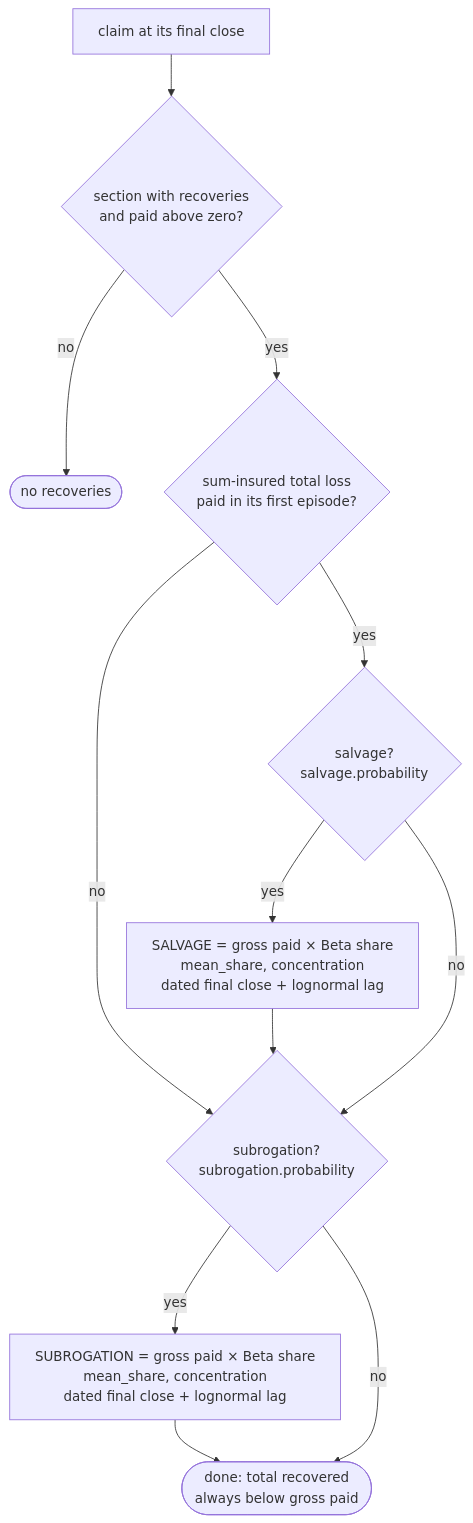
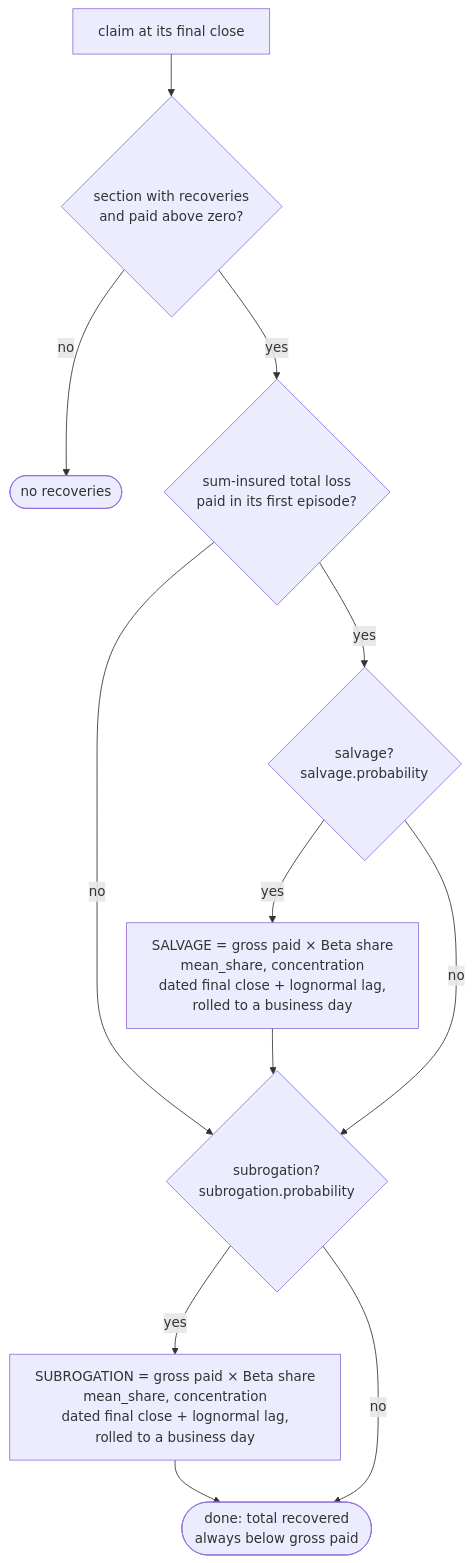
Before and after one commit to le-marais/claims-data-generator: the seventh of 10 diagrams in README.md, drawn with Mermaid. The commit also changed other lines of this file and 23 other files, not shown here.

````diff
--- a/README.md
+++ b/README.md
@@ -280,22 +289,22 @@
 ```mermaid
 %%{init: {"flowchart": {"wrappingWidth": 480}}}%%
 flowchart TD
     closed["claim at its final close"]
     eligible{"section with recoveries<br/>and paid above zero?"}
     noRecovery(["no recoveries"])
     totalLoss{"sum-insured total loss<br/>paid in its first episode?"}
     salvage{"salvage?<br/>salvage.probability"}
-    salvageRow["SALVAGE = gross paid × Beta share<br/>mean_share, concentration<br/>dated final close + lognormal lag"]
+    salvageRow["SALVAGE = gross paid × Beta share<br/>mean_share, concentration<br/>dated final close + lognormal lag,<br/>rolled to a business day"]
     subrogation{"subrogation?<br/>subrogation.probability"}
-    subrogationRow["SUBROGATION = gross paid × Beta share<br/>mean_share, concentration<br/>dated final close + lognormal lag"]
+    subrogationRow["SUBROGATION = gross paid × Beta share<br/>mean_share, concentration<br/>dated final close + lognormal lag,<br/>rolled to a business day"]
     done(["done: total recovered<br/>always below gross paid"])
     closed --> eligible
     eligible -- "no" --> noRecovery
     eligible -- "yes" --> totalLoss
     totalLoss -- "yes" --> salvage
     totalLoss -- "no" --> subrogation
     salvage -- "yes" --> salvageRow --> subrogation
     salvage -- "no" --> subrogation
     subrogation -- "yes" --> subrogationRow --> done
     subrogation -- "no" --> done
 ```
````
